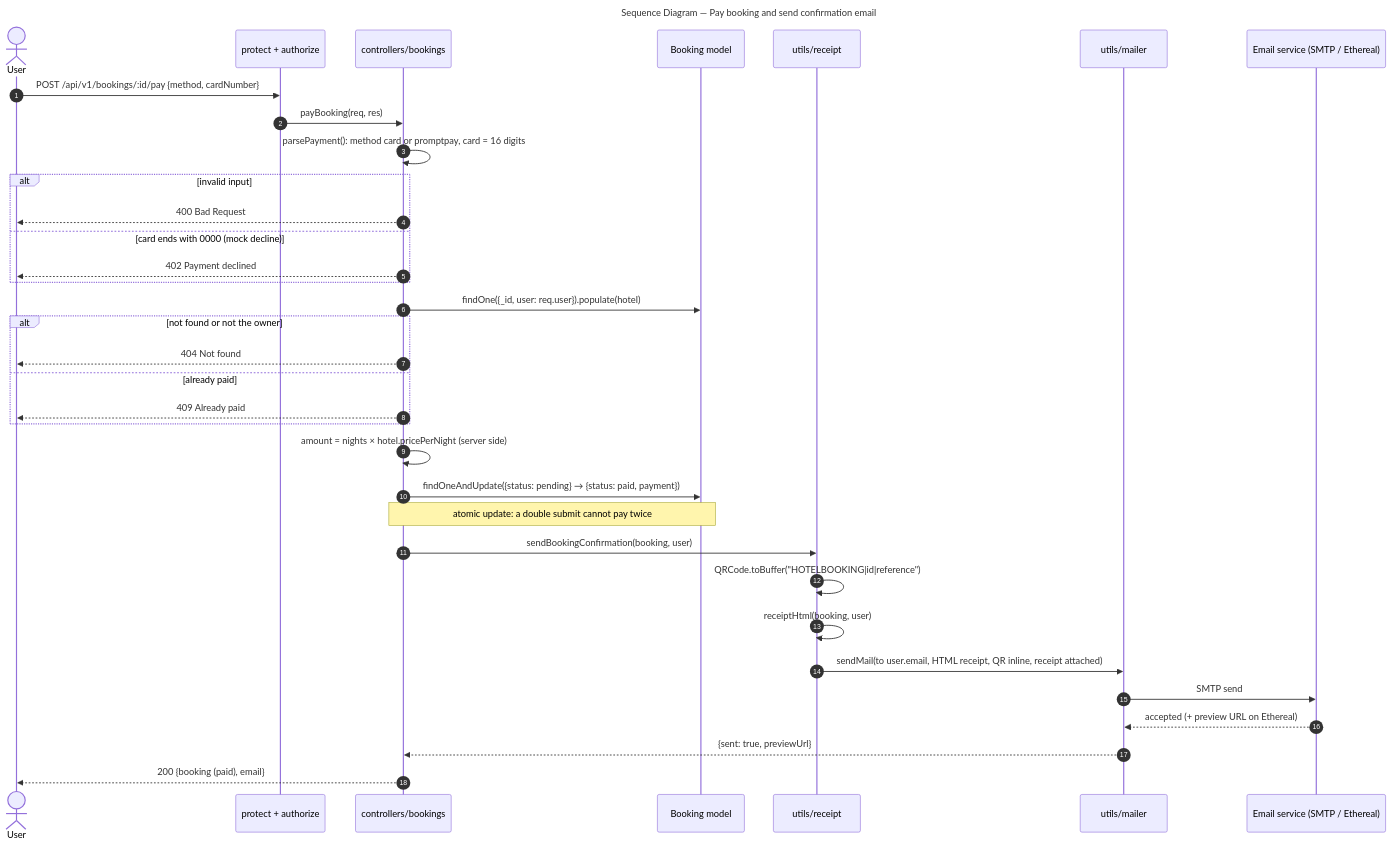
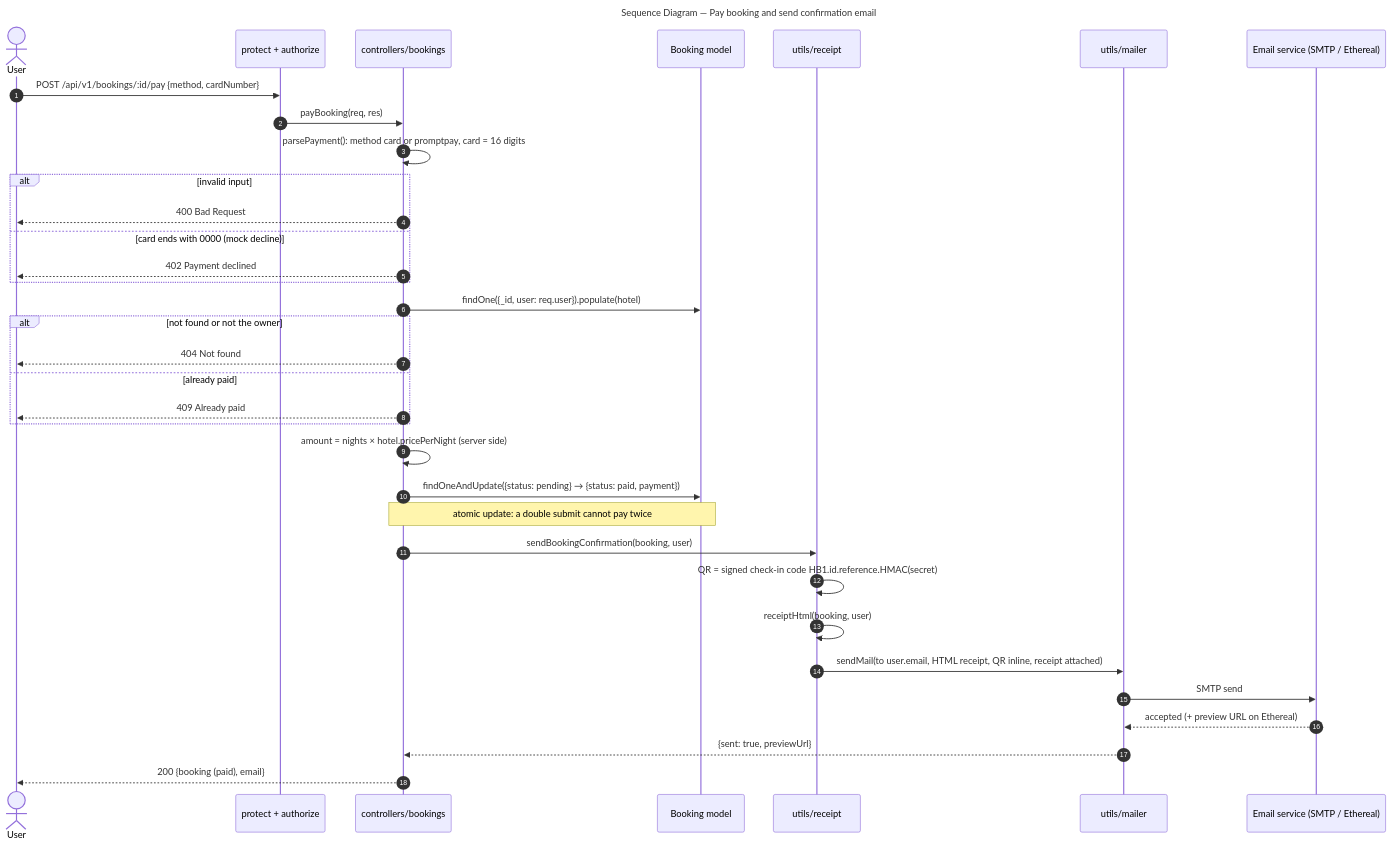
The diagram in docs/diagrams/seq-pay.mmd (mickDoctorDev/SW-DEV-Project-1-Hotel-Booking), drawn with Mermaid before and after one commit. The commit also changed 16 other files, not shown here.

First line of the commit message:
Docs: Redis setup, check-in verification, updated diagrams

```diff
--- a/docs/diagrams/seq-pay.mmd
+++ b/docs/diagrams/seq-pay.mmd
@@ -1,38 +1,38 @@
 ---
 title: Sequence Diagram — Pay booking and send confirmation email
 ---
 sequenceDiagram
     autonumber
     actor U as User
     participant P as protect + authorize
     participant C as controllers/bookings
     participant B as Booking model
     participant RC as utils/receipt
     participant M as utils/mailer
     participant E as Email service (SMTP / Ethereal)
 
     U->>P: POST /api/v1/bookings/:id/pay {method, cardNumber}
     P->>C: payBooking(req, res)
     C->>C: parsePayment(): method card or promptpay, card = 16 digits
     alt invalid input
         C-->>U: 400 Bad Request
     else card ends with 0000 (mock decline)
         C-->>U: 402 Payment declined
     end
     C->>B: findOne({_id, user: req.user}).populate(hotel)
     alt not found or not the owner
         C-->>U: 404 Not found
     else already paid
         C-->>U: 409 Already paid
     end
     C->>C: amount = nights × hotel.pricePerNight (server side)
     C->>B: findOneAndUpdate({status: pending} → {status: paid, payment})
     Note over C,B: atomic update: a double submit cannot pay twice
     C->>RC: sendBookingConfirmation(booking, user)
-    RC->>RC: QRCode.toBuffer("HOTELBOOKING|id|reference")
+    RC->>RC: QR = signed check-in code HB1.id.reference.HMAC(secret)
     RC->>RC: receiptHtml(booking, user)
     RC->>M: sendMail(to user.email, HTML receipt, QR inline, receipt attached)
     M->>E: SMTP send
     E-->>M: accepted (+ preview URL on Ethereal)
     M-->>C: {sent: true, previewUrl}
     C-->>U: 200 {booking (paid), email}
```
